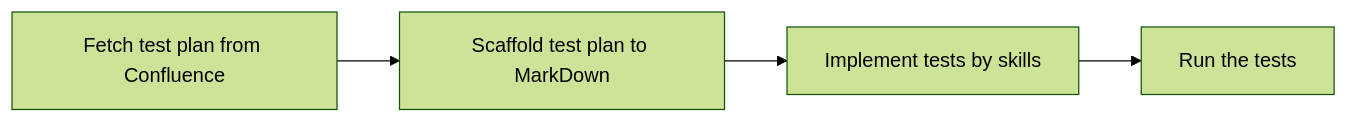
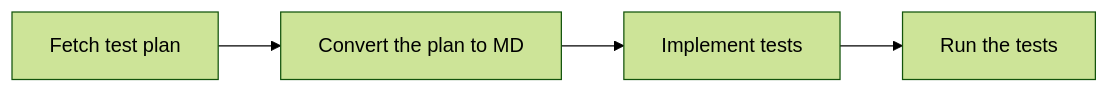
One commit to ns-acheng/nsclient_test_base changed the diagram in README.md. Above: the diagram before and after it, drawn with Mermaid (forest theme).

````diff
--- a/README.md
+++ b/README.md
@@ -8,7 +8,7 @@
 ```mermaid
 flowchart LR
-    A[Fetch test plan from Confluence] 
-        --> B[Scaffold test plan to MarkDown]
-        --> C[Implement tests by skills]
-        --> D[Run the tests]
+    A[Fetch test plan] 
+    --> B[Convert the plan to MD]
+    --> C[Implement tests]
+    --> D[Run the tests]
 ```
````
